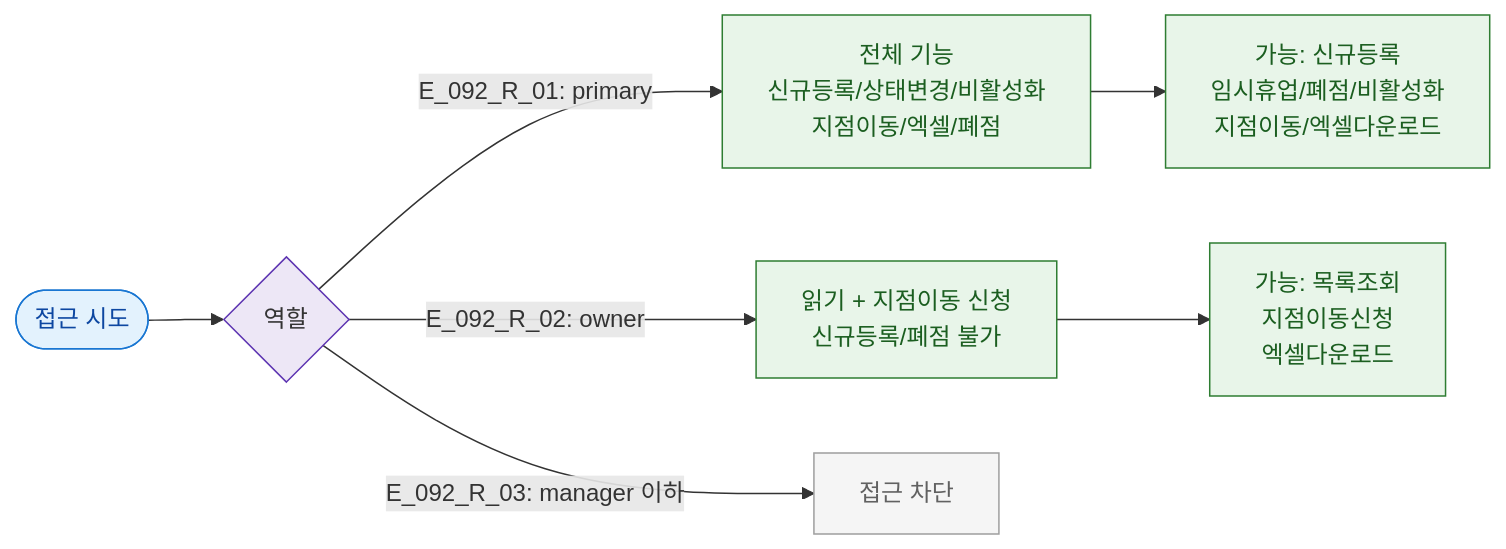
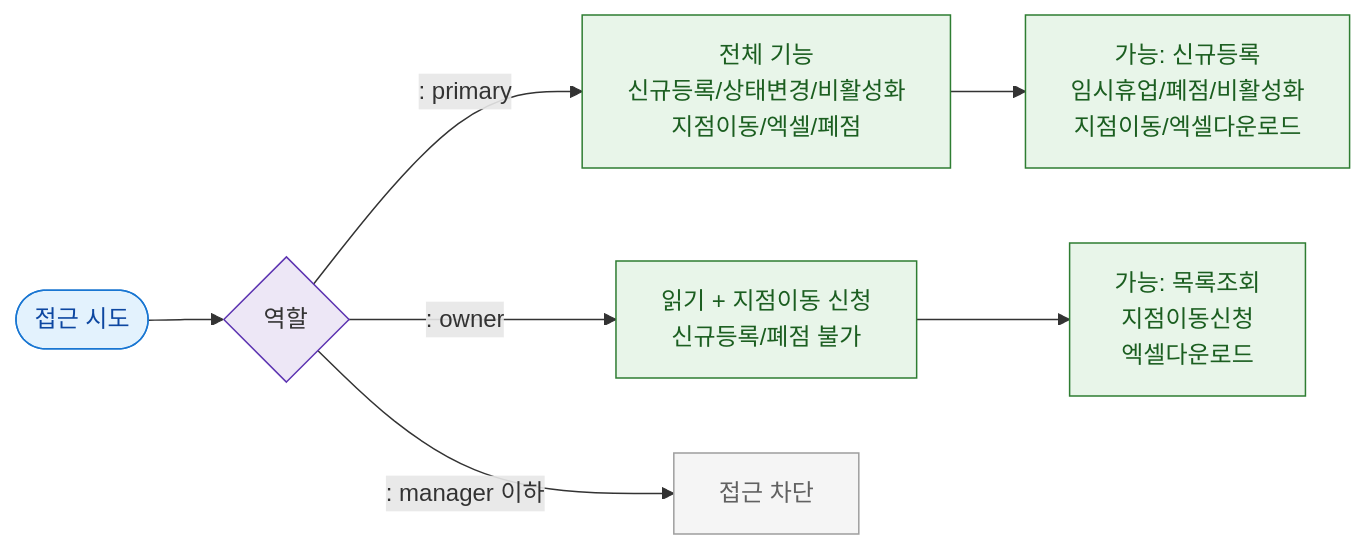
Before and after one commit to dev-spogym/admin-pando: the diagram in docs/다이어그램/D10_본사관리/SCR-092_지점관리/F7_권한.md, drawn with Mermaid. The commit also changed other lines of this file and 1660 other files, not shown here.

First line of the commit message:
다이어그램: 기획자/클라이언트 납품본으로 정리

````diff
--- a/docs/다이어그램/D10_본사관리/SCR-092_지점관리/F7_권한.md
+++ b/docs/다이어그램/D10_본사관리/SCR-092_지점관리/F7_권한.md
@@ -14,21 +12,21 @@
 ```mermaid
 flowchart LR
   Entry([접근 시도]) --> Role{역할}
 
-  Role -->|"E_092_R_01: primary"| PrimaryFull[전체 기능\n신규등록/상태변경/비활성화\n지점이동/엑셀/폐점]
-  Role -->|"E_092_R_02: owner"| OwnerPartial[읽기 + 지점이동 신청\n신규등록/폐점 불가]
-  Role -->|"E_092_R_03: manager 이하"| Blocked[접근 차단]
+  Role -->|": primary"|PrimaryFull[전체 기능\n신규등록/상태변경/비활성화\n지점이동/엑셀/폐점]
+  Role -->|": owner"|OwnerPartial[읽기 + 지점이동 신청\n신규등록/폐점 불가]
+  Role -->|": manager 이하"|Blocked[접근 차단]
 
   PrimaryFull --> P_Actions[가능: 신규등록\n임시휴업/폐점/비활성화\n지점이동/엑셀다운로드]
   OwnerPartial --> O_Actions[가능: 목록조회\n지점이동신청\n엑셀다운로드]
 
   classDef screen fill:#E3F2FD,stroke:#1976D2,color:#0D47A1
   classDef system fill:#EDE7F6,stroke:#5E35B2
   classDef success fill:#E8F5E9,stroke:#2E7D32,color:#1B5E20
   classDef rbacBlocked fill:#F5F5F5,stroke:#9E9E9E,color:#616161
 
   class Entry screen
   class Role system
   class PrimaryFull,OwnerPartial,P_Actions,O_Actions success
   class Blocked rbacBlocked
 ```
````
